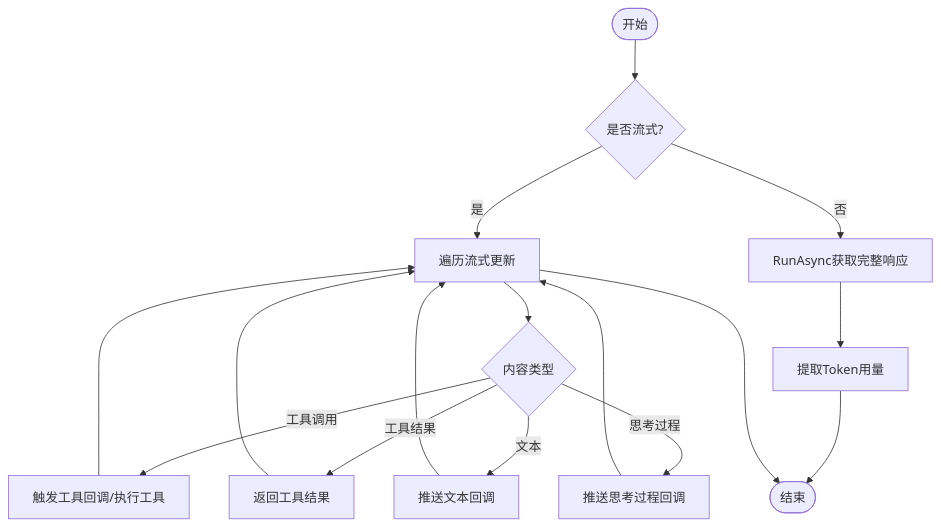
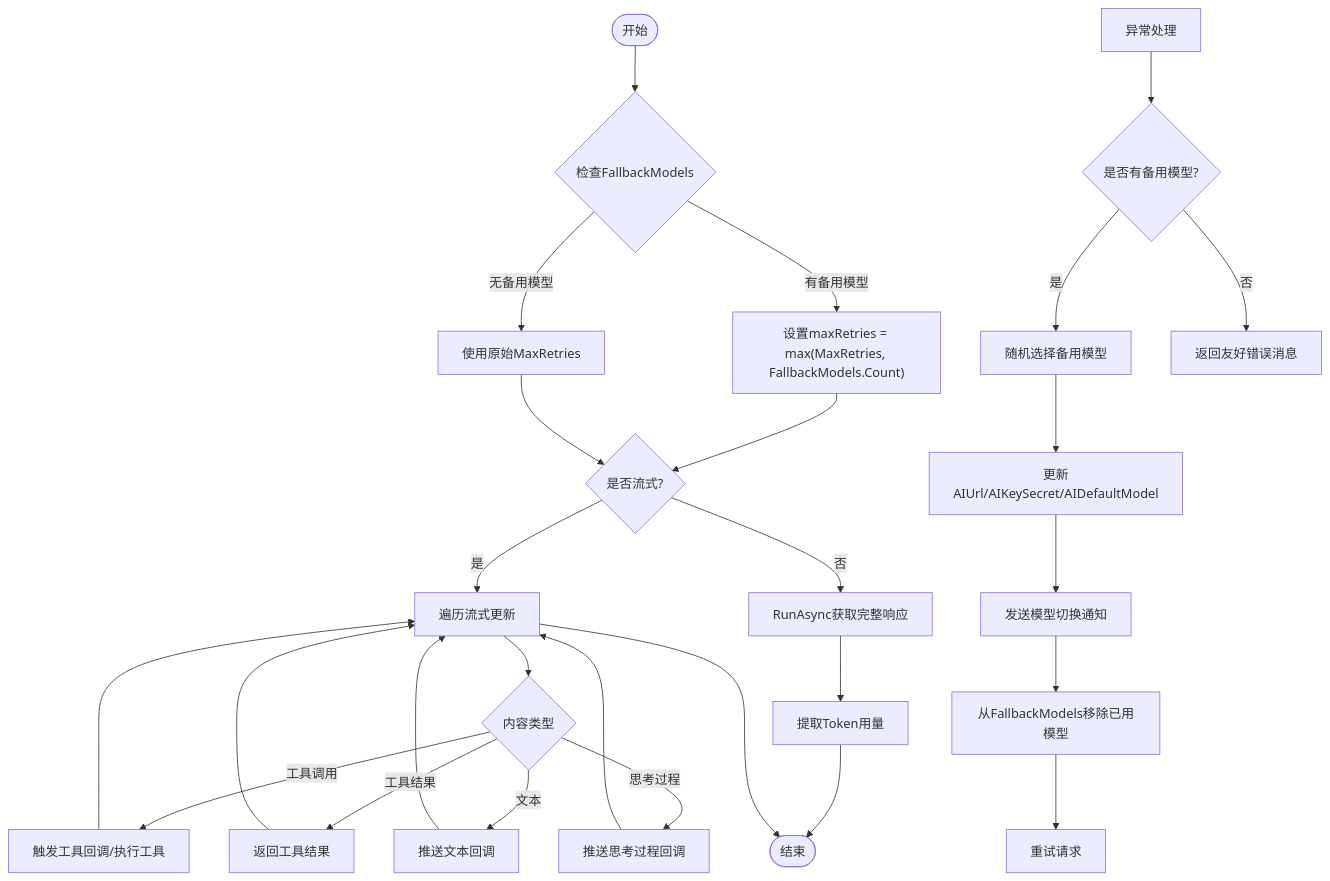
One commit to junkai-li/NetCoreKevin changed the third of 6 diagrams in .qoder/repowiki/zh/content/AI智能体/AgentFramework集成.md. Above: the diagram before and after it, drawn with Mermaid. The commit also changed other lines of this file and 7 other files, not shown here.

````diff
--- a/.qoder/repowiki/zh/content/AI智能体/AgentFramework集成.md
+++ b/.qoder/repowiki/zh/content/AI智能体/AgentFramework集成.md
@@ -155,18 +190,29 @@
 ```mermaid
 flowchart TD
-Start(["开始"]) --> Mode{"是否流式?"}
+Start(["开始"]) --> CheckFB{"检查FallbackModels"}
+CheckFB -- 有备用模型 --> SetRetries["设置maxRetries = max(MaxRetries, FallbackModels.Count)"]
+CheckFB -- 无备用模型 --> NormalRetries["使用原始MaxRetries"]
+SetRetries --> Mode{"是否流式?"}
+NormalRetries --> Mode
 Mode -- 是 --> StreamLoop["遍历流式更新"]
 StreamLoop --> Type{"内容类型"}
 Type -- 工具调用 --> CallTool["触发工具回调/执行工具"]
 Type -- 工具结果 --> ReturnTool["返回工具结果"]
 Type -- 文本 --> PushText["推送文本回调"]
 Type -- 思考过程 --> PushReason["推送思考过程回调"]
 CallTool --> StreamLoop
 ReturnTool --> StreamLoop
 PushText --> StreamLoop
 PushReason --> StreamLoop
 Mode -- 否 --> NonStream["RunAsync获取完整响应"]
 NonStream --> ExtractUsage["提取Token用量"]
 ExtractUsage --> End(["结束"])
 StreamLoop --> End
+Note1["异常处理"] --> CheckFB2{"是否有备用模型?"}
+CheckFB2 -- 是 --> SelectModel["随机选择备用模型"]
+SelectModel --> UpdateConfig["更新AIUrl/AIKeySecret/AIDefaultModel"]
+UpdateConfig --> SendNotify["发送模型切换通知"]
+SendNotify --> RemoveModel["从FallbackModels移除已用模型"]
+RemoveModel --> Retry["重试请求"]
+CheckFB2 -- 否 --> FriendlyMsg["返回友好错误消息"]
 ```
````
